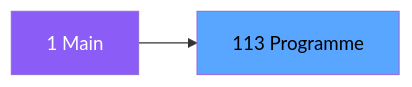
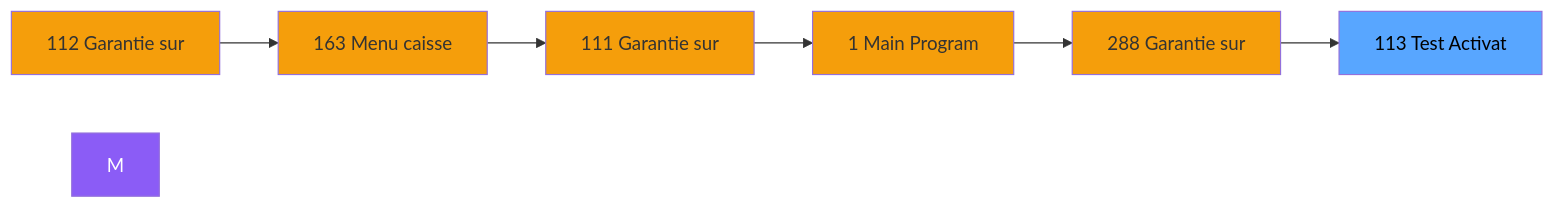
One commit to thonyAGP/magic-migration changed the second of 3 diagrams in .openspec/specs/ADH-IDE-113.md. Above: the diagram before and after it, drawn with Mermaid. The commit also changed other lines of this file and 323 other files, not shown here.

````diff
--- a/.openspec/specs/ADH-IDE-113.md
+++ b/.openspec/specs/ADH-IDE-113.md
@@ -98,8 +108,21 @@
 ```mermaid
 graph LR
-    M[1 Main]
-    T[113 Programme]
-    M --> T
+    N112[112 Garantie sur]
+    N163[163 Menu caisse ]
+    N111[111 Garantie sur]
+    N1[1 Main Program]
+    N288[288 Garantie sur]
+    T[113 Test Activat]
+    N112 --> N163
+    N163 --> N111
+    N111 --> N1
+    N1 --> N288
+    N288 --> T
     style M fill:#8b5cf6,color:#fff
+    style N112 fill:#f59e0b
+    style N163 fill:#f59e0b
+    style N111 fill:#f59e0b
+    style N1 fill:#f59e0b
+    style N288 fill:#f59e0b
     style T fill:#58a6ff,color:#000
 ```
````
